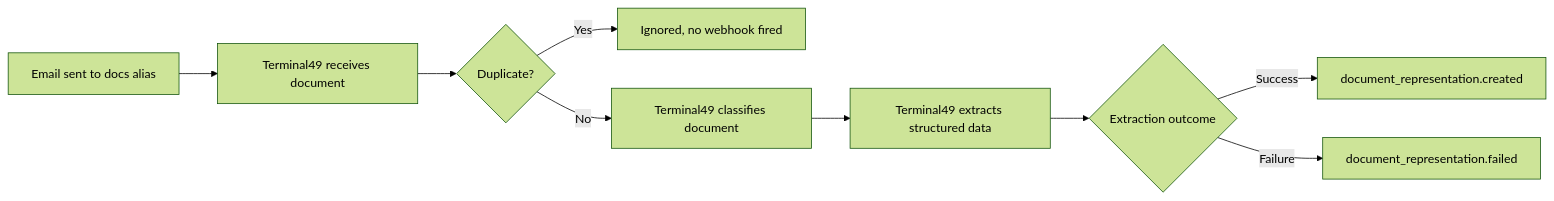
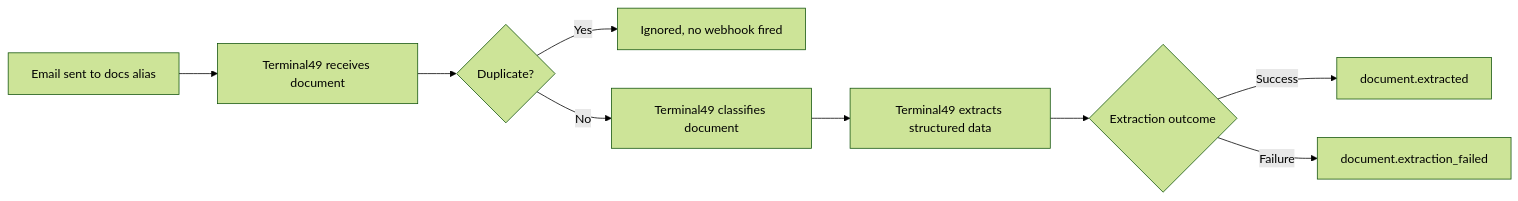
One commit to Terminal49/API changed the diagram in docs/api-docs/in-depth-guides/document-processing-workflows.mdx. Above: the diagram before and after it, drawn with Mermaid (forest theme). The commit also changed other lines of this file, not shown here.

First line of the commit message:
fix(docs): correct webhook event names for document processing

````diff
--- a/docs/api-docs/in-depth-guides/document-processing-workflows.mdx
+++ b/docs/api-docs/in-depth-guides/document-processing-workflows.mdx
@@ -117,11 +117,11 @@
 ```mermaid
 flowchart LR
     A[Email sent to docs alias] --> B[Terminal49 receives document]
     B --> C{Duplicate?}
     C -- Yes --> Z[Ignored, no webhook fired]
     C -- No --> D[Terminal49 classifies document]
     D --> E[Terminal49 extracts structured data]
     E --> F{Extraction outcome}
-    F -- Success --> G[document_representation.created]
-    F -- Failure --> H[document_representation.failed]
+    F -- Success --> G[document.extracted]
+    F -- Failure --> H[document.extraction_failed]
 ```
````
